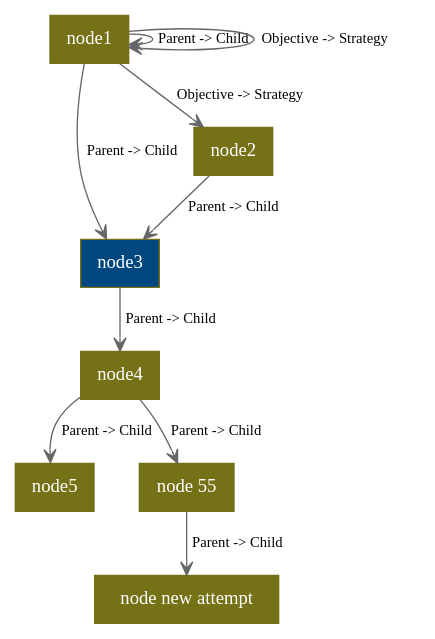
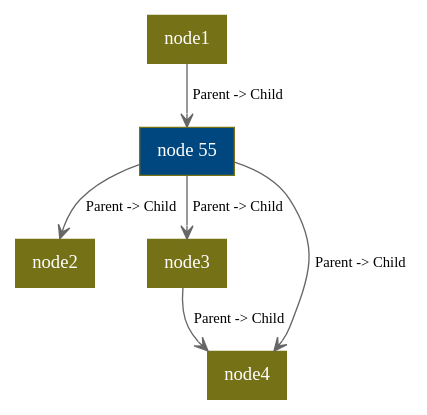
The diagram in public/mickdot.dot (mickmioduszewski/digraph-rails), drawn with Graphviz before and after one commit. The commit also changed 8 other files, not shown here.

```diff
--- a/public/mickdot.dot
+++ b/public/mickdot.dot
@@ -1,20 +1,14 @@
 digraph G { 
 edge [color="#666666", arrowhead="open", fontname="Trebuchet MS", fontsize="11"] 
 node [color="#757116", style=filled, shape=box, fontname="Trebuchet MS", fontcolor="White"]
-n3 [URL="/nodes/3",  label="node3", style=filled fillcolor="#00477f"]
+n13 [URL="/nodes/13",  label="node 55", style=filled fillcolor="#00477f"]
+n1 [URL="/nodes/1",  label="node1"]
 n2 [URL="/nodes/2",  label="node2"]
-n1 [URL="/nodes/1",  label="node1"]
+n3 [URL="/nodes/3",  label="node3"]
 n4 [URL="/nodes/4",  label="node4"]
-n5 [URL="/nodes/5",  label="node5"]
-n13 [URL="/nodes/13",  label="node 55"]
-n14 [URL="/nodes/14",  label="node new attempt"]
-n2 -> n3 [URL="/edges/2",  label="Parent -> Child"]
-n1 -> n2 [URL="/edges/1",  label="Objective -> Strategy"]
-n1 -> n1 [URL="/edges/9",  label="Parent -> Child"]
-n1 -> n1 [URL="/edges/10",  label="Objective -> Strategy"]
-n1 -> n3 [URL="/edges/5",  label="Parent -> Child"]
-n3 -> n4 [URL="/edges/6",  label="Parent -> Child"]
-n4 -> n5 [URL="/edges/3",  label="Parent -> Child"]
-n4 -> n13 [URL="/edges/7",  label="Parent -> Child"]
-n13 -> n14 [URL="/edges/8",  label="Parent -> Child"]
+n1 -> n13 [URL="/edges/19",  label="Parent -> Child"]
+n13 -> n2 [URL="/edges/20",  label="Parent -> Child"]
+n13 -> n3 [URL="/edges/21",  label="Parent -> Child"]
+n3 -> n4 [URL="/edges/23",  label="Parent -> Child"]
+n13 -> n4 [URL="/edges/22",  label="Parent -> Child"]
   }
```
